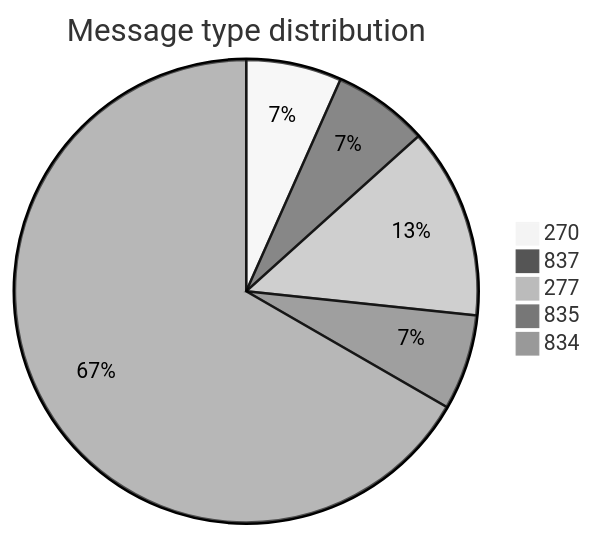
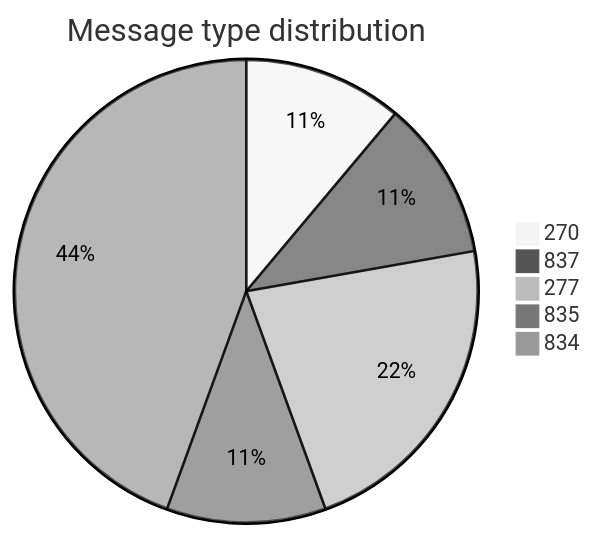
Before and after one commit to dhagan-va/intern-2025: the first of 10 diagrams in test-tools/DataGen/src/Statistics_Visualizer.md, drawn with Mermaid (neutral theme). The commit also changed other lines of this file and 4 other files, not shown here.

````diff
--- a/test-tools/DataGen/src/Statistics_Visualizer.md
+++ b/test-tools/DataGen/src/Statistics_Visualizer.md
@@ -18,8 +18,8 @@
 ```mermaid
 pie title Message type distribution
-    "270" : 5
-    "837" : 5
-    "277" : 10
-    "835" : 5
-    "834" : 50
+    "270" : 500
+    "837" : 500
+    "277" : 1000
+    "835" : 500
+    "834" : 2000
 ```
````
